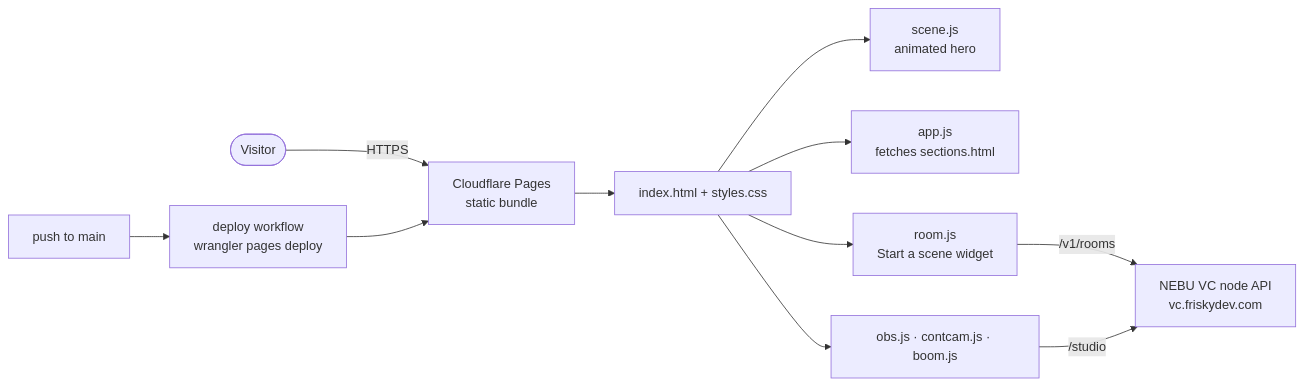
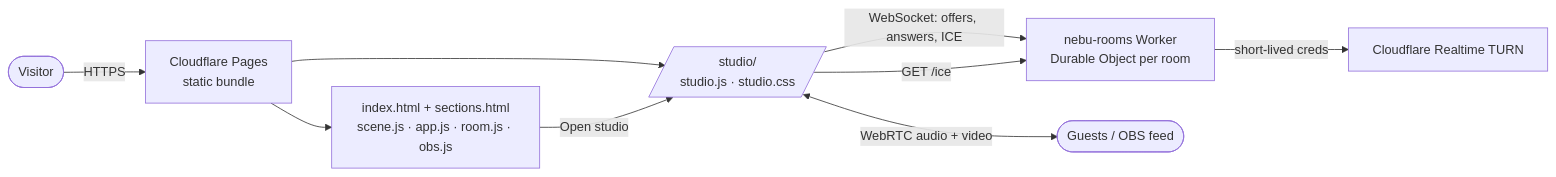
One commit to FriskyDevelopments/nebu-quest changed the diagram in README.md. Above: the diagram before and after it, drawn with Mermaid. The commit also changed other lines of this file and 37 other files, not shown here.

First line of the commit message:
Working NEBU studio: scenes, mix, rooms, recording (+ fix dead CTAs) (#3)

````diff
--- a/README.md
+++ b/README.md
@@ -20,12 +31,11 @@
 ```mermaid
 flowchart LR
   visitor([Visitor]) -->|HTTPS| pages[Cloudflare Pages<br/>static bundle]
-  pages --> html[index.html + styles.css]
-  html --> scene[scene.js<br/>animated hero]
-  html --> app[app.js<br/>fetches sections.html]
-  html --> room[room.js<br/>Start a scene widget]
-  html --> extras[obs.js · contcam.js · boom.js]
-  room -->|/v1/rooms| vc[NEBU VC node API<br/>vc.friskydev.com]
-  extras -->|/studio| vc
-  gh[push to main] --> wf[deploy workflow<br/>wrangler pages deploy] --> pages
+  pages --> landing[index.html + sections.html<br/>scene.js · app.js · room.js · obs.js]
+  pages --> studio[/studio/<br/>studio.js · studio.css/]
+  landing -->|Open studio| studio
+  studio -->|WebSocket: offers, answers, ICE| sig[nebu-rooms Worker<br/>Durable Object per room]
+  studio -->|GET /ice| sig
+  sig -->|short-lived creds| turn[Cloudflare Realtime TURN]
+  studio <-->|WebRTC audio + video| peer([Guests / OBS feed])
 ```
````
